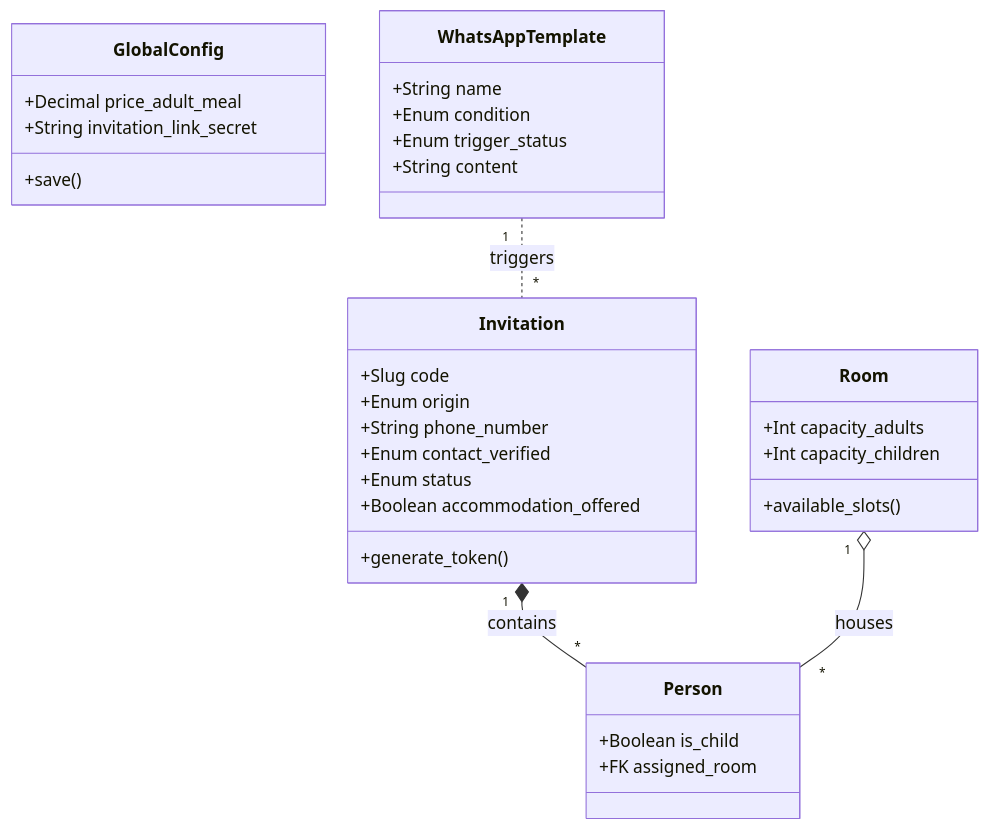
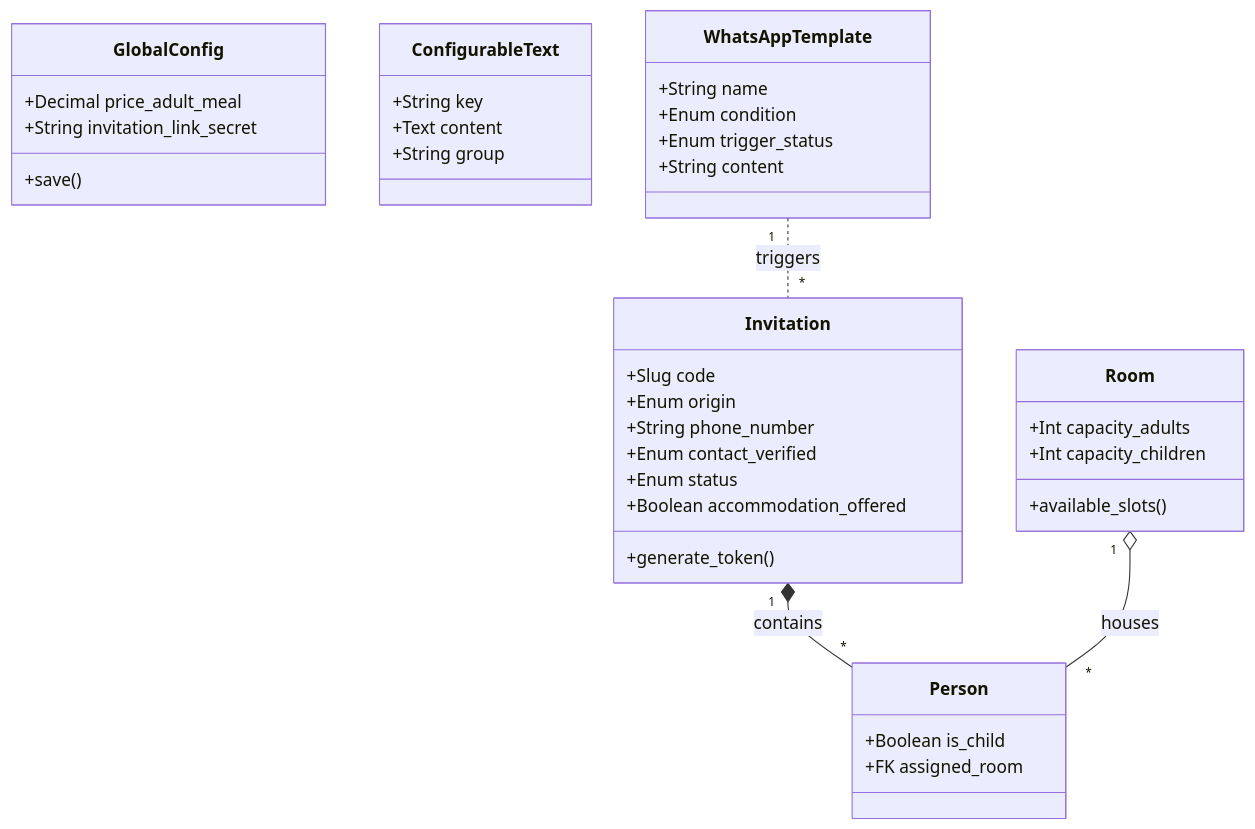
Before and after one commit to nemocrk/my-wedding-app: the diagram in docs/06-BACKEND-CORE.md, drawn with Mermaid. The commit also changed other lines of this file, not shown here.

````diff
--- a/docs/06-BACKEND-CORE.md
+++ b/docs/06-BACKEND-CORE.md
@@ -111,40 +125,46 @@
 ```mermaid
 classDiagram
     class GlobalConfig {
         +Decimal price_adult_meal
         +String invitation_link_secret
         +save()
+    }
+    
+    class ConfigurableText {
+        +String key
+        +Text content
+        +String group
     }
 
     class Invitation {
         +Slug code
         +Enum origin
         +String phone_number
         +Enum contact_verified
         +Enum status
         +Boolean accommodation_offered
         +generate_token()
     }
 
     class Person {
         +Boolean is_child
         +FK assigned_room
     }
 
     class Room {
         +Int capacity_adults
         +Int capacity_children
         +available_slots()
     }
 
     class WhatsAppTemplate {
         +String name
         +Enum condition
         +Enum trigger_status
         +String content
     }
 
     Invitation "1" *-- "*" Person : contains
     Room "1" o-- "*" Person : houses
     WhatsAppTemplate "1" .. "*" Invitation : triggers
 ```
````
